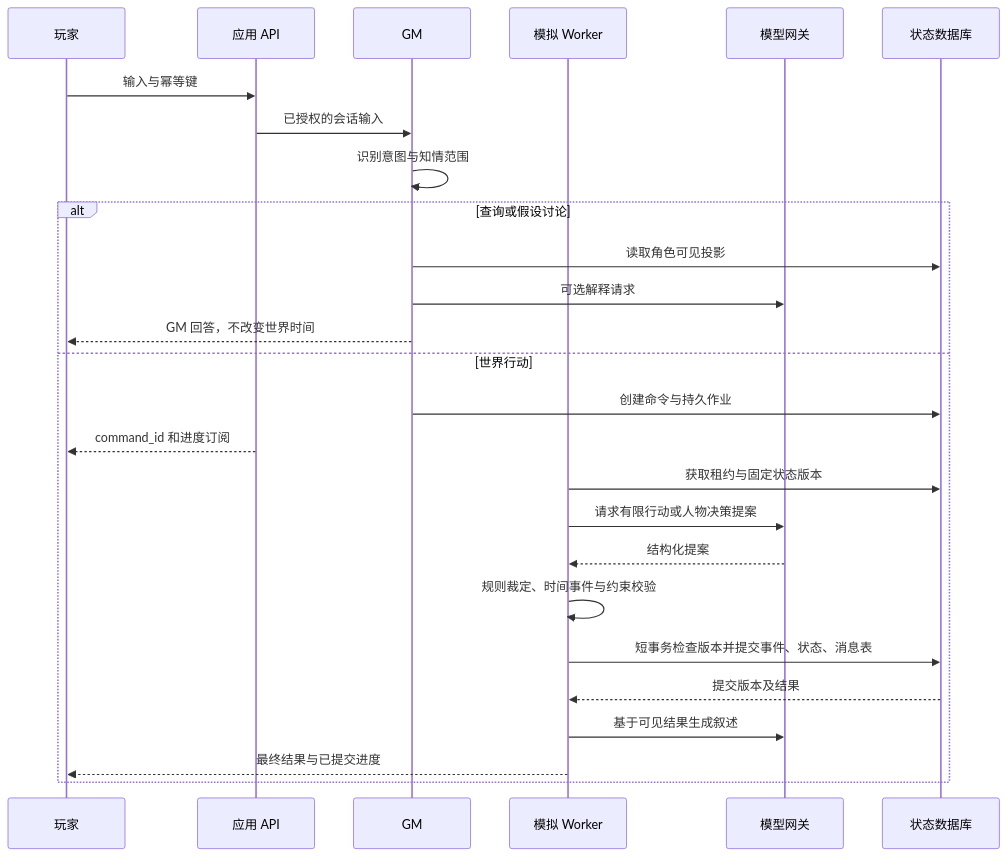
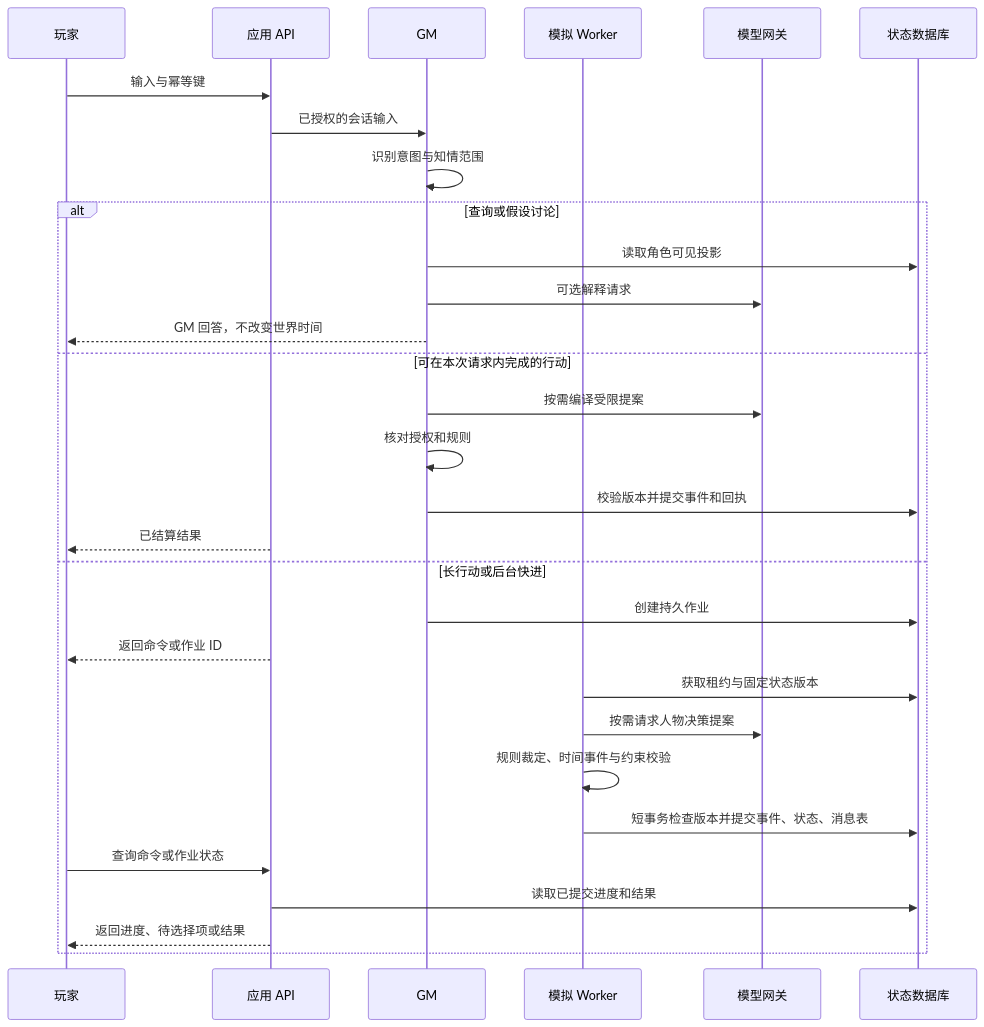
One commit to IdlePoetry-zero/world-engine changed the diagram in docs/diagrams/02-diagram-2.mmd. Above: the diagram before and after it, drawn with Mermaid. The commit also changed 574 other files, not shown here.

```diff
--- a/docs/diagrams/02-diagram-2.mmd
+++ b/docs/diagrams/02-diagram-2.mmd
@@ -1,26 +1,30 @@
 sequenceDiagram
     participant U as 玩家
     participant A as 应用 API
     participant G as GM
     participant W as 模拟 Worker
     participant M as 模型网关
     participant D as 状态数据库
     U->>A: 输入与幂等键
     A->>G: 已授权的会话输入
     G->>G: 识别意图与知情范围
     alt 查询或假设讨论
         G->>D: 读取角色可见投影
         G->>M: 可选解释请求
         G-->>U: GM 回答，不改变世界时间
-    else 世界行动
-        G->>D: 创建命令与持久作业
-        A-->>U: command_id 和进度订阅
+    else 可在本次请求内完成的行动
+        G->>M: 按需编译受限提案
+        G->>G: 核对授权和规则
+        G->>D: 校验版本并提交事件和回执
+        A-->>U: 已结算结果
+    else 长行动或后台快进
+        G->>D: 创建持久作业
+        A-->>U: 返回命令或作业 ID
         W->>D: 获取租约与固定状态版本
-        W->>M: 请求有限行动或人物决策提案
-        M-->>W: 结构化提案
+        W->>M: 按需请求人物决策提案
         W->>W: 规则裁定、时间事件与约束校验
         W->>D: 短事务检查版本并提交事件、状态、消息表
-        D-->>W: 提交版本及结果
-        W->>M: 基于可见结果生成叙述
-        W-->>U: 最终结果与已提交进度
+        U->>A: 查询命令或作业状态
+        A->>D: 读取已提交进度和结果
+        A-->>U: 返回进度、待选择项或结果
     end
```
